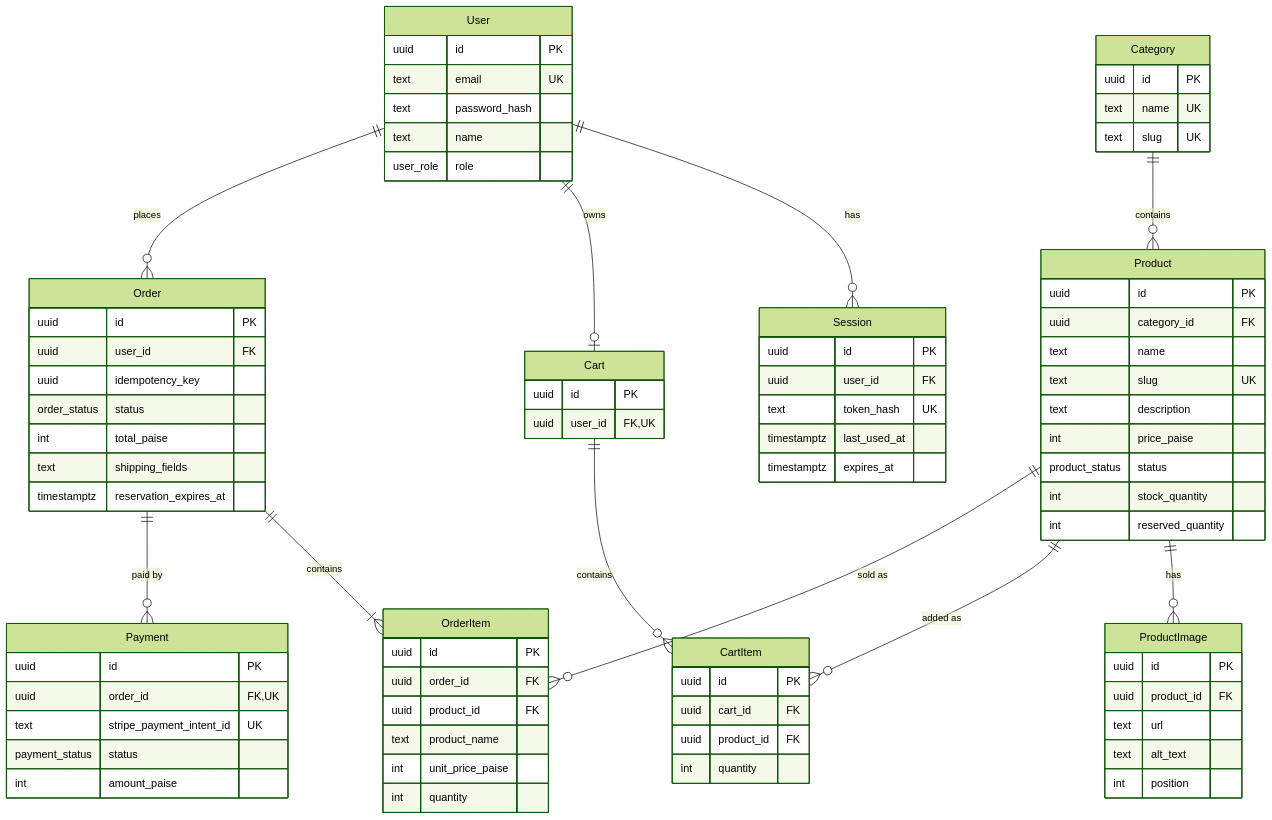
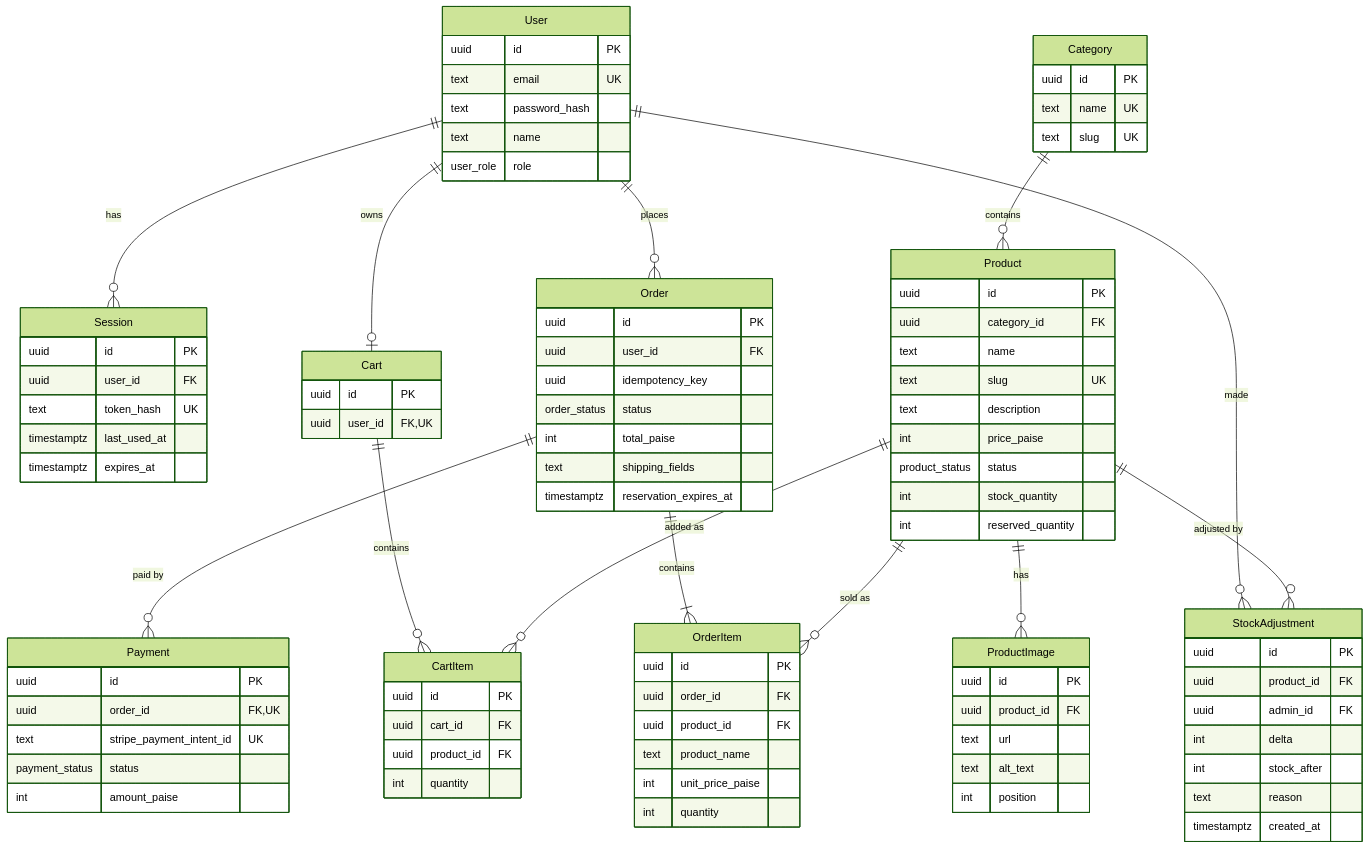
One commit to theritwik/CartForge changed the diagram in docs/database.md. Above: the diagram before and after it, drawn with Mermaid (forest theme). The commit also changed other lines of this file and 69 other files, not shown here.

```diff
--- a/docs/database.md
+++ b/docs/database.md
@@ -18,6 +18,8 @@
     Cart ||--o{ CartItem : "contains"
     Order ||--|{ OrderItem : "contains"
     Order ||--o{ Payment : "paid by"
+    Product ||--o{ StockAdjustment : "adjusted by"
+    User ||--o{ StockAdjustment : "made"
 
     User {
         uuid id PK
@@ -48,6 +50,15 @@
         product_status status
         int stock_quantity
         int reserved_quantity
+    }
+    StockAdjustment {
+        uuid id PK
+        uuid product_id FK
+        uuid admin_id FK
+        int delta
+        int stock_after
+        text reason
+        timestamptz created_at
     }
     ProductImage {
         uuid id PK
```
